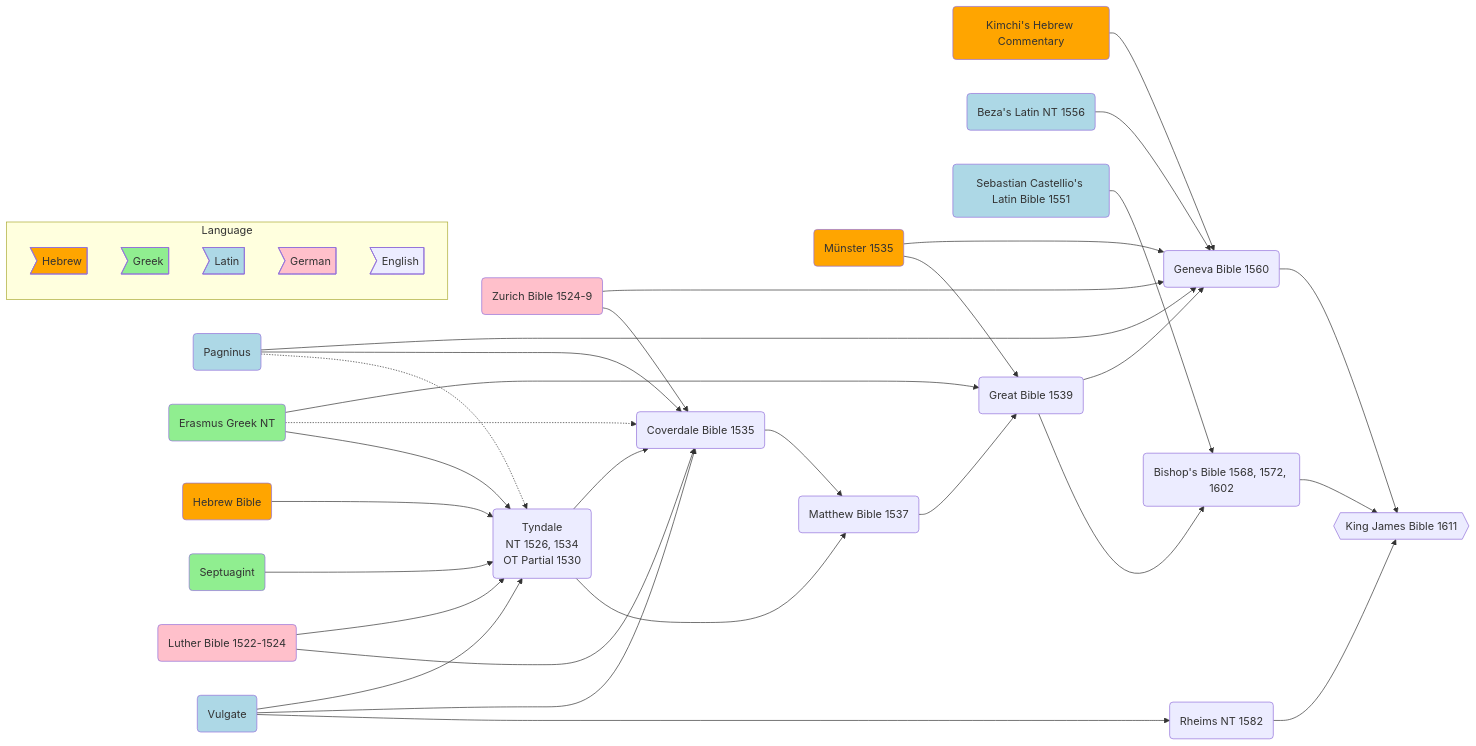
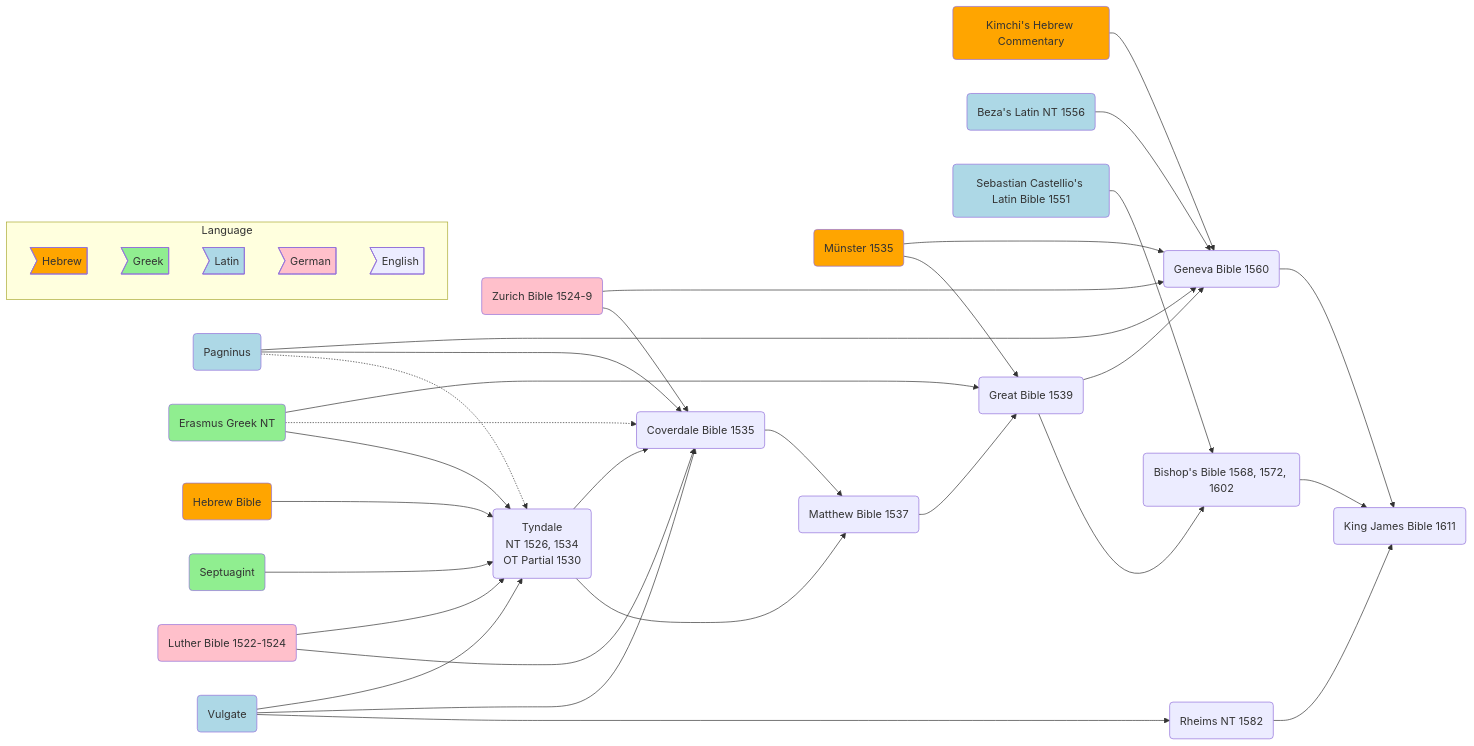
One commit to mkudija/mkudija.github.io changed the first of 2 diagrams in reading-notes/_md/2025-07-06-The King James Bible-A Short History from Tyndale to Today.md. Above: the diagram before and after it, drawn with Mermaid. The commit also changed other lines of this file and 3 other files, not shown here.

```diff
--- a/reading-notes/_md/2025-07-06-The King James Bible-A Short History from Tyndale to Today.md
+++ b/reading-notes/_md/2025-07-06-The King James Bible-A Short History from Tyndale to Today.md
@@ -133,7 +133,8 @@
 genb(Geneva Bible 1560)
 rnt(Rheims NT 1582)
 bb(Bishop's Bible 1568, 1572, 1602)
-kjv@{ shape: hex, label: "King James Bible 1611" }
+kjv(King James Bible 1611)
+%%kjv@{ shape: hex, label: "King James Bible 1611" }
 
 classDef hb fill:Orange
 classDef gk fill:lightGreen
```
